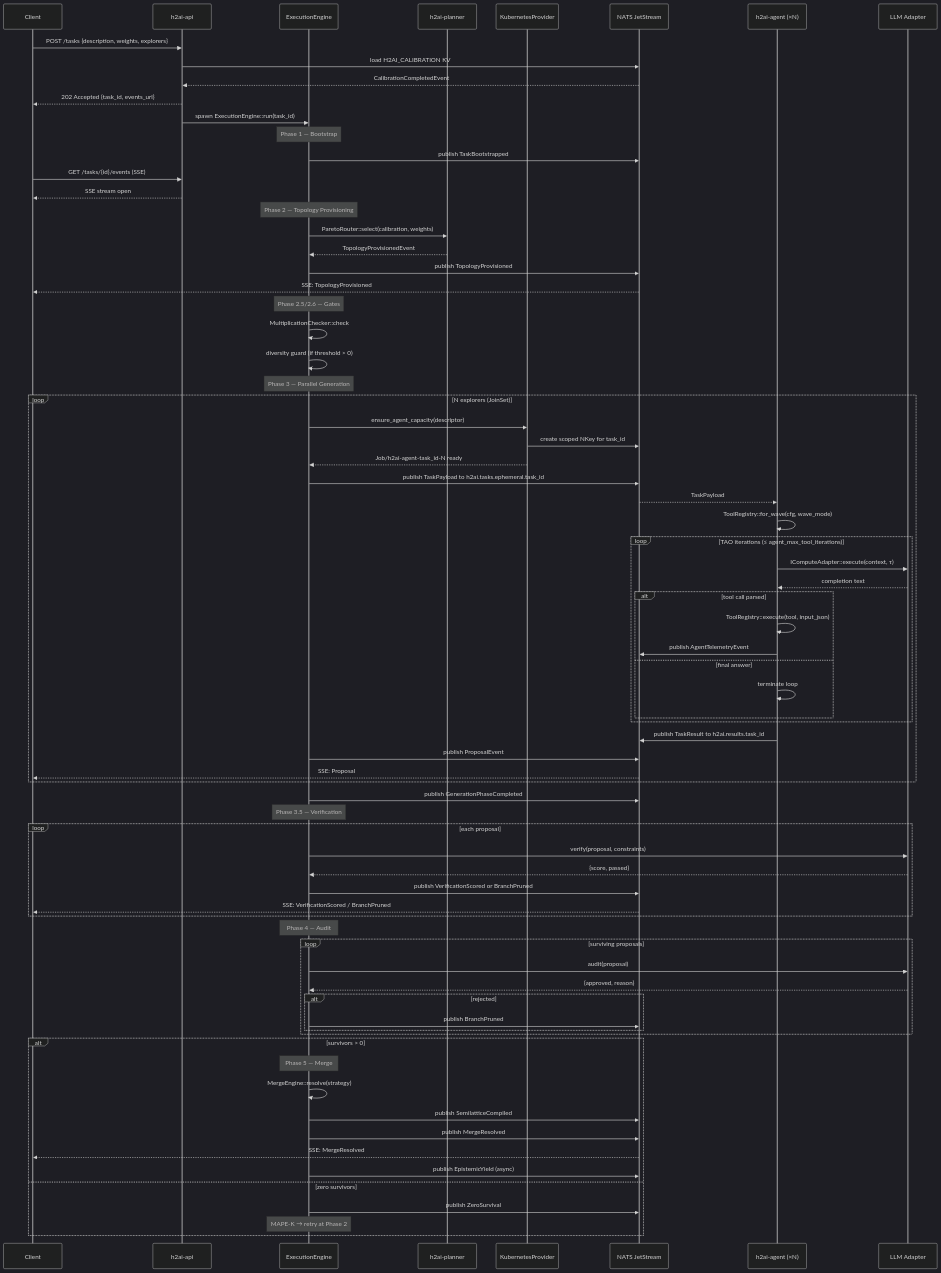
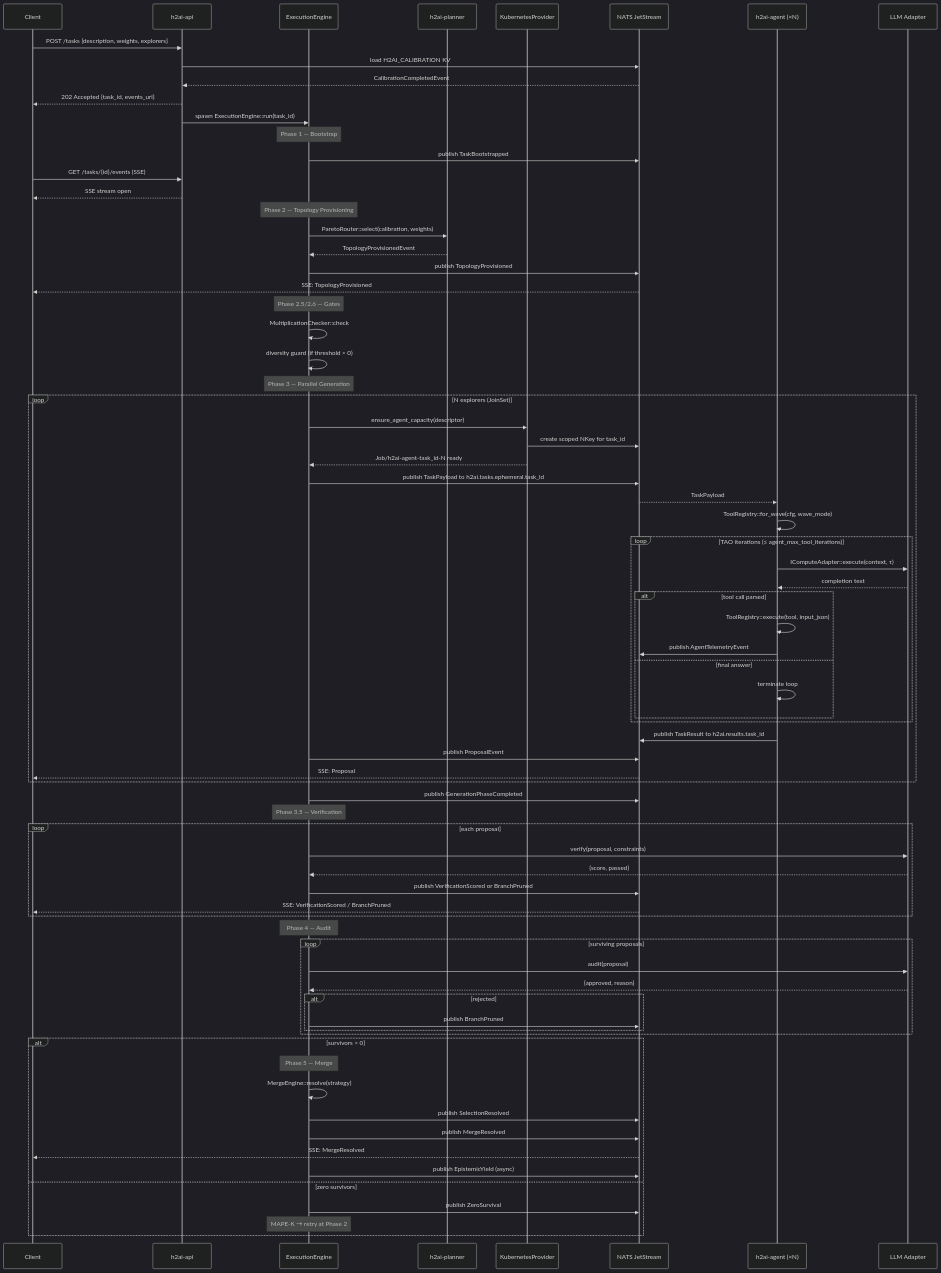
One commit to immediatus/h2ai-control-plane changed the fifth of 16 diagrams in docs/architecture/architecture.md. Above: the diagram before and after it, drawn with Mermaid (dark theme). The commit also changed other lines of this file and 34 other files, not shown here.

```diff
--- a/docs/architecture/architecture.md
+++ b/docs/architecture/architecture.md
@@ -255,7 +257,7 @@
     alt survivors > 0
         Note over Orch: Phase 5 — Merge
         Orch->>Orch: MergeEngine::resolve(strategy)
-        Orch->>NATS: publish SemilatticeCompiled
+        Orch->>NATS: publish SelectionResolved
         Orch->>NATS: publish MergeResolved
         NATS-->>C: SSE: MergeResolved
         Orch->>NATS: publish EpistemicYield (async)
```
